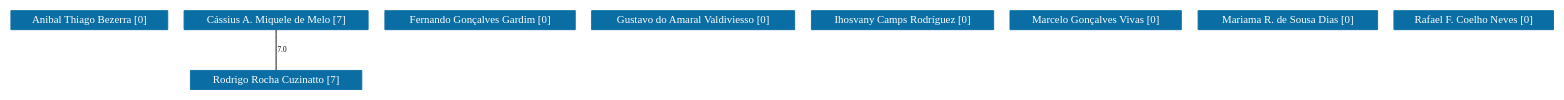
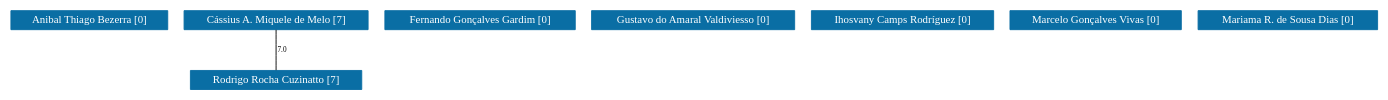
One commit to icamps/unifal-lattes.github.io changed the diagram in PPGF-UNIFAL/grafoDeColaboracoesComPesos.dot. Above: the diagram before and after it, drawn with Graphviz. The commit also changed 846 other files, not shown here.

```diff
--- a/PPGF-UNIFAL/grafoDeColaboracoesComPesos.dot
+++ b/PPGF-UNIFAL/grafoDeColaboracoesComPesos.dot
@@ -1,78 +1,71 @@
 strict graph grafo2 {
-	graph [bb="0,0,1416,87",
+	graph [bb="0,0,1253,87",
 		id=grafo2,
 		overlap=False
 	];
 	node [fontsize=12,
 		label="\N",
 		shape=rectangle,
 		style=filled
 	];
 	0	 [URL="membro-8478305453281130.html",
 		color="#0A6EA4",
 		fontcolor="#FFFFFF",
 		height=0.29167,
 		label="Anibal Thiago Bezerra [0]",
 		pos="71.5,76.5",
 		width=1.9861];
 	1	 [URL="membro-4002033080997386.html",
 		color="#0A6EA4",
 		fontcolor="#FFFFFF",
 		height=0.29167,
 		label="Cássius A. Miquele de Melo [7]",
 		pos="244.5,76.5",
 		width=2.3194];
-	8	 [URL="membro-8073303573679522.html",
+	6	 [URL="membro-8073303573679522.html",
 		color="#0A6EA4",
 		fontcolor="#FFFFFF",
 		height=0.29167,
 		label="Rodrigo Rocha Cuzinatto [7]",
 		pos="244.5,10.5",
 		width=2.1389];
-	1 -- 8	 [fontsize=8,
+	1 -- 6	 [fontsize=8,
 		label=7.0,
 		lp="249.5,43.5",
 		pos="244.5,65.896 244.5,53.653 244.5,33.622 244.5,21.297"];
 	2	 [URL="membro-2425549033248106.html",
 		color="#0A6EA4",
 		fontcolor="#FFFFFF",
 		height=0.29167,
 		label="Fernando Gonçalves Gardim [0]",
 		pos="431.5,76.5",
 		width=2.3611];
 	3	 [URL="membro-4023778019418442.html",
 		color="#0A6EA4",
 		fontcolor="#FFFFFF",
 		height=0.29167,
 		label="Gustavo do Amaral Valdiviesso [0]",
 		pos="626.5,76.5",
 		width=2.5417];
 	4	 [URL="membro-3732563704810366.html",
 		color="#0A6EA4",
 		fontcolor="#FFFFFF",
 		height=0.29167,
 		label="Ihosvany Camps Rodríguez [0]",
 		pos="818.5,76.5",
 		width=2.2778];
 	5	 [URL="membro-1312049227898761.html",
 		color="#0A6EA4",
 		fontcolor="#FFFFFF",
 		height=0.29167,
 		label="Marcelo Gonçalves Vivas [0]",
 		pos="996.5,76.5",
 		width=2.1528];
-	6	 [URL="membro-9972552337847809.html",
+	7	 [URL="membro-9972552337847809.html",
 		color="#0A6EA4",
 		fontcolor="#FFFFFF",
 		height=0.29167,
 		label="Mariama R. de Sousa Dias [0]",
 		pos="1172.5,76.5",
 		width=2.2361];
-	7	 [URL="membro-3697495590985027.html",
-		color="#0A6EA4",
-		fontcolor="#FFFFFF",
-		height=0.29167,
-		label="Rafael F. Coelho Neves [0]",
-		pos="1343.5,76.5",
-		width=2.0139];
 }
```
